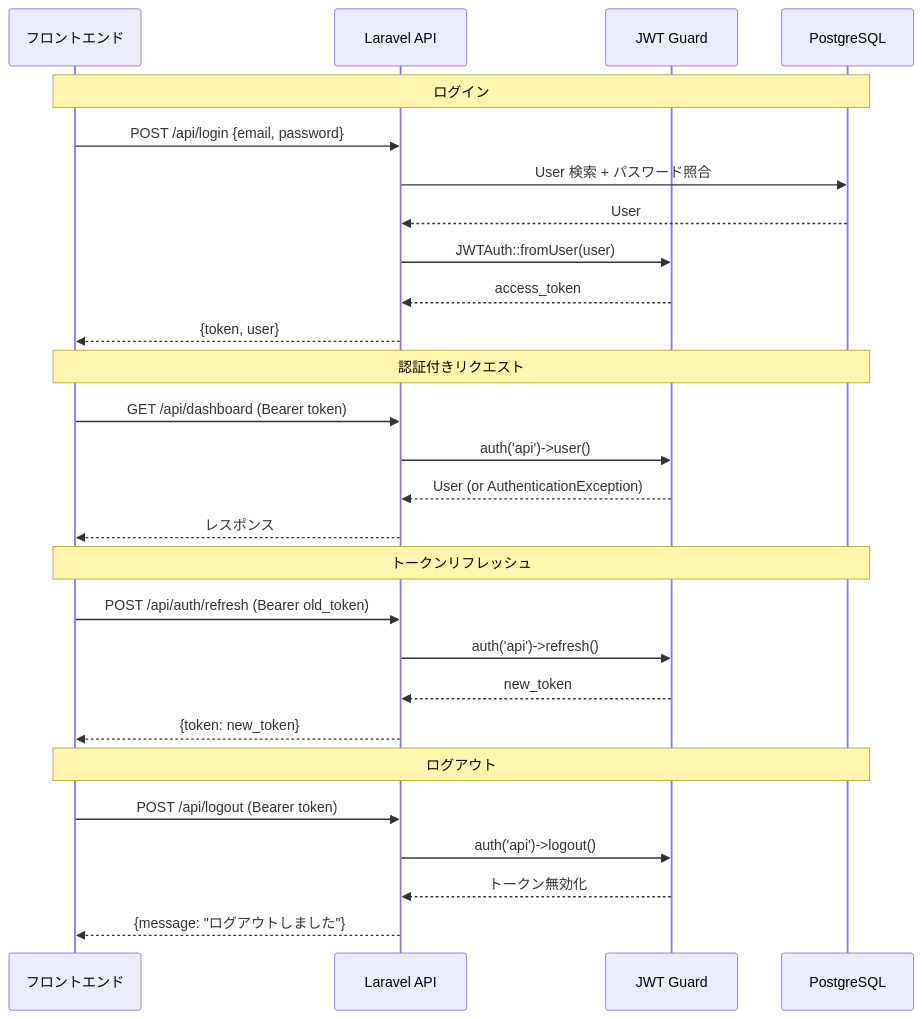
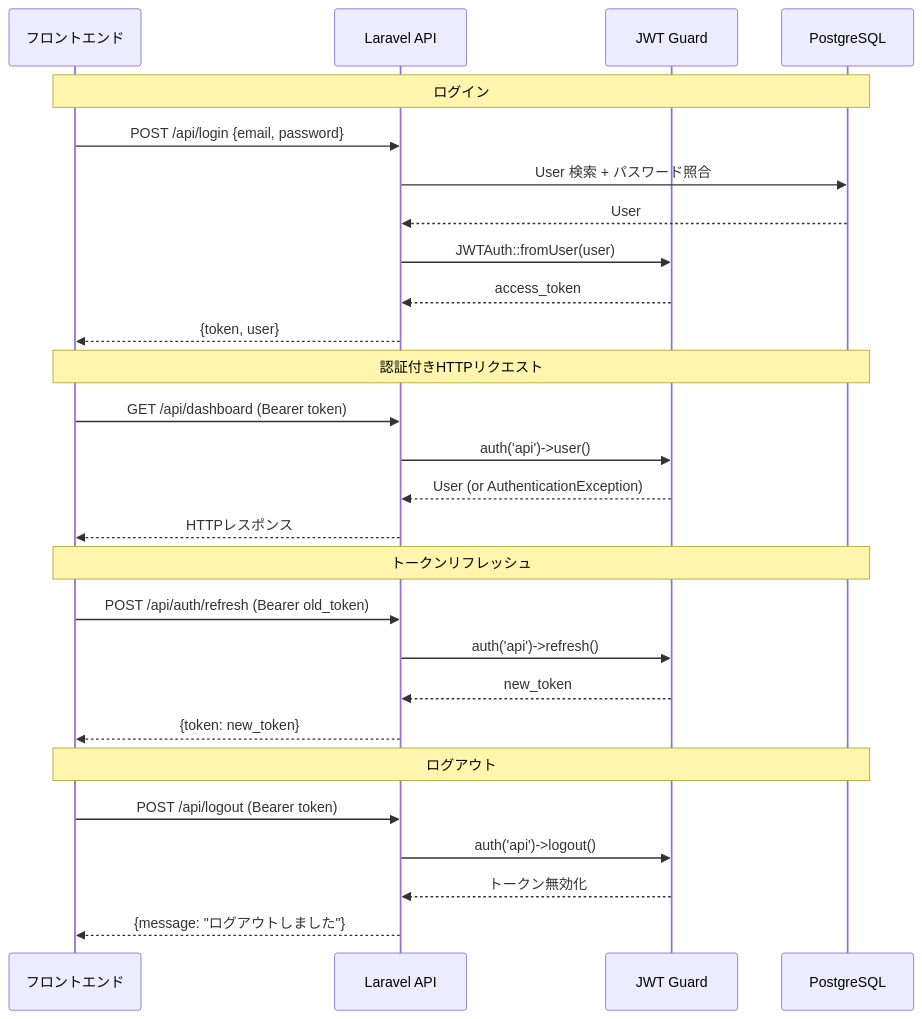
One commit to miyazakisora111/time-attendance changed the first of 2 diagrams in docs/dev/jwt-token-lifecycle.md. Above: the diagram before and after it, drawn with Mermaid. The commit also changed other lines of this file and 88 other files, not shown here.

````diff
--- a/docs/dev/jwt-token-lifecycle.md
+++ b/docs/dev/jwt-token-lifecycle.md
@@ -9,33 +9,33 @@
 ```mermaid
 sequenceDiagram
     participant Client as フロントエンド
     participant API as Laravel API
     participant JWT as JWT Guard
     participant DB as PostgreSQL
 
     Note over Client,DB: ログイン
     Client->>API: POST /api/login {email, password}
     API->>DB: User 検索 + パスワード照合
     DB-->>API: User
     API->>JWT: JWTAuth::fromUser(user)
     JWT-->>API: access_token
     API-->>Client: {token, user}
 
-    Note over Client,DB: 認証付きリクエスト
+    Note over Client,DB: 認証付きHTTPリクエスト
     Client->>API: GET /api/dashboard (Bearer token)
     API->>JWT: auth('api')->user()
     JWT-->>API: User (or AuthenticationException)
-    API-->>Client: レスポンス
+    API-->>Client: HTTPレスポンス
 
     Note over Client,DB: トークンリフレッシュ
     Client->>API: POST /api/auth/refresh (Bearer old_token)
     API->>JWT: auth('api')->refresh()
     JWT-->>API: new_token
     API-->>Client: {token: new_token}
 
     Note over Client,DB: ログアウト
     Client->>API: POST /api/logout (Bearer token)
     API->>JWT: auth('api')->logout()
     JWT-->>API: トークン無効化
     API-->>Client: {message: "ログアウトしました"}
 ```
````
